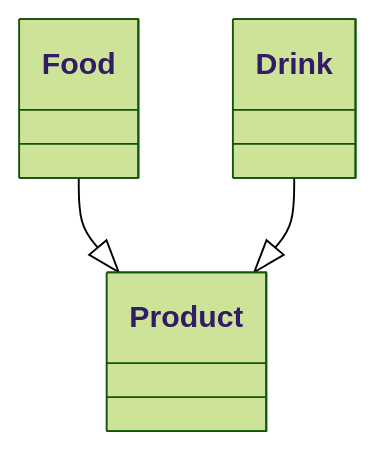
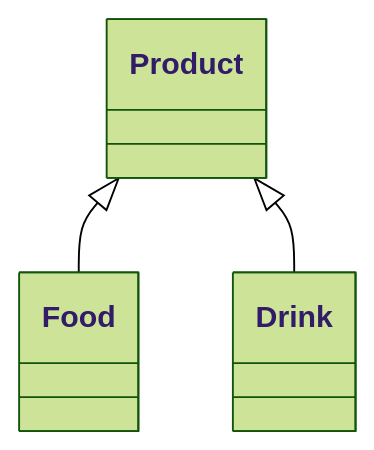
The diagram in src/main/java/com/nixsolutions/ppp/generics/second/classDiagram.md (andras-nix/edu__generics), drawn with Mermaid (forest theme) before and after one commit.

Commit message:
Update class diagram @ section 2

````diff
--- a/src/main/java/com/nixsolutions/ppp/generics/second/classDiagram.md
+++ b/src/main/java/com/nixsolutions/ppp/generics/second/classDiagram.md
@@ -1,6 +1,6 @@
 ```mermaid
 classDiagram
 
-Food --|> Product 
-Drink --|> Product
+Product <|-- Food
+Product <|-- Drink
 ```
````
